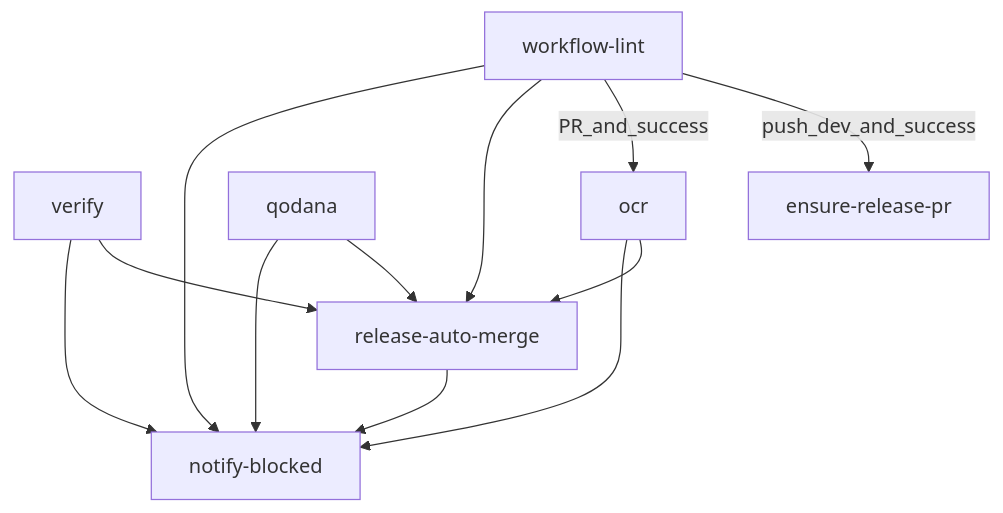
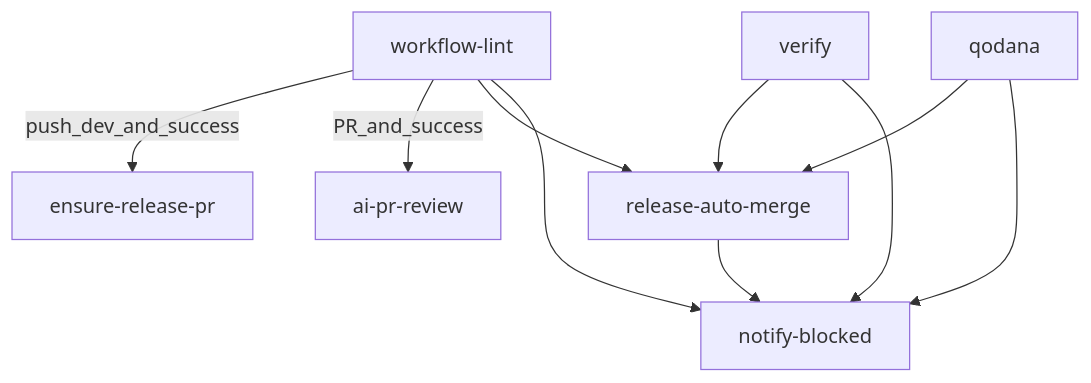
The third of 18 diagrams in docs/actions-workflows.md (workers-world/worker-actions), drawn with Mermaid before and after one commit. The commit also changed other lines of this file and 33 other files, not shown here.

First line of the commit message:
Deprecate OCR; add self-hosted AI PR review MVP

````diff
--- a/docs/actions-workflows.md
+++ b/docs/actions-workflows.md
@@ -123,22 +122,20 @@
 ```mermaid
 flowchart TB
   lint[workflow-lint]
   verify[verify]
   ensure[ensure-release-pr]
   qodana[qodana]
-  ocr[ocr]
+  aiReview[ai-pr-review]
   merge[release-auto-merge]
   notify[notify-blocked]
 
   lint -->|push_dev_and_success| ensure
-  lint -->|PR_and_success| ocr
+  lint -->|PR_and_success| aiReview
   lint --> merge
   verify --> merge
   qodana --> merge
-  ocr --> merge
   lint --> notify
   verify --> notify
   qodana --> notify
-  ocr --> notify
   merge --> notify
 ```
````
